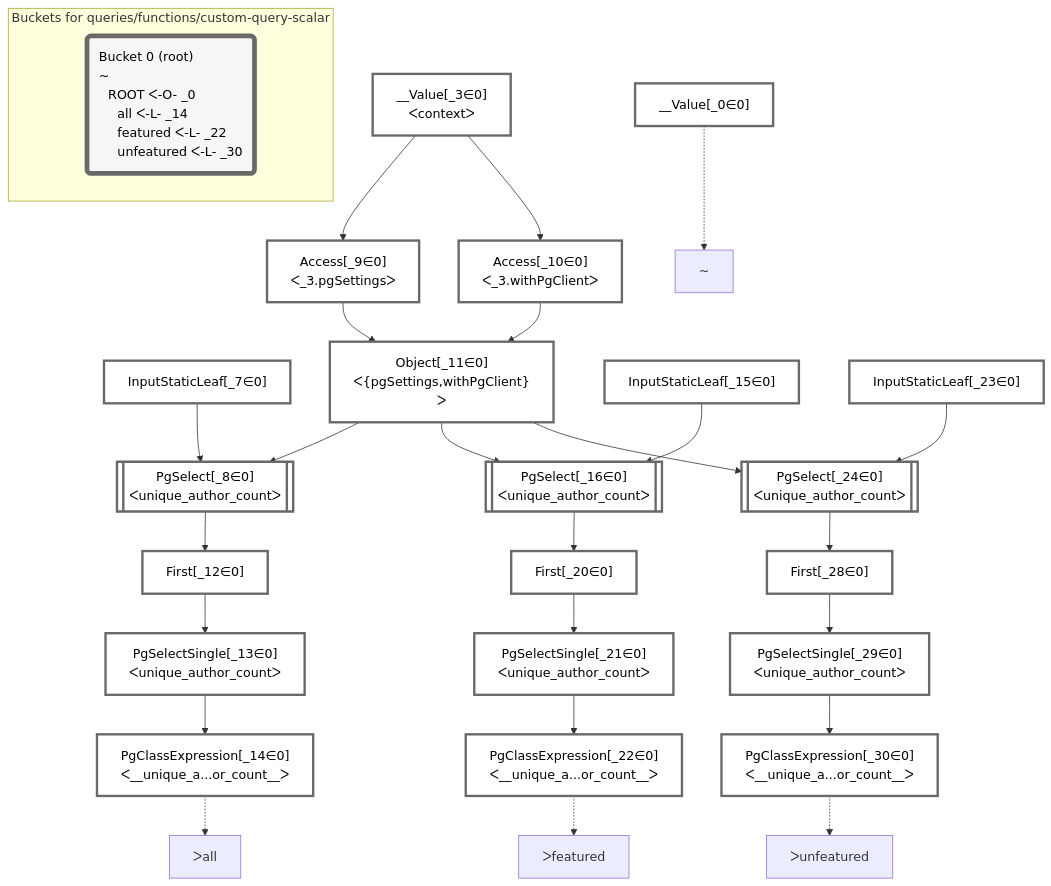
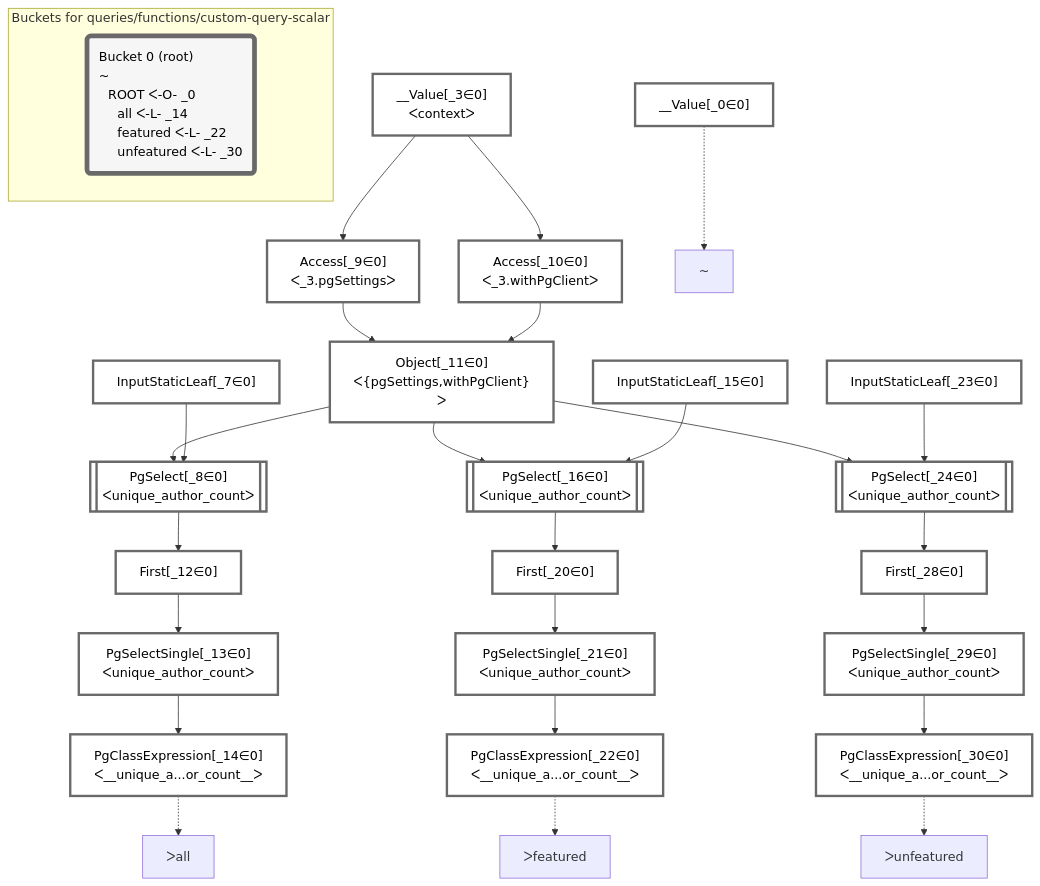
One commit to graphile/crystal changed the diagram in packages/dataplan-pg/__tests__/queries/functions/custom-query-scalar.mermaid.md. Above: the diagram before and after it, drawn with Mermaid. The commit also changed other lines of this file and 195 other files, not shown here.

````diff
--- a/packages/dataplan-pg/__tests__/queries/functions/custom-query-scalar.mermaid.md
+++ b/packages/dataplan-pg/__tests__/queries/functions/custom-query-scalar.mermaid.md
@@ -1,64 +1,64 @@
 ```mermaid
 graph TD
     classDef path fill:#eee,stroke:#000,color:#000
     classDef plan fill:#fff,stroke-width:3px,color:#000
     classDef itemplan fill:#fff,stroke-width:6px,color:#000
     classDef sideeffectplan fill:#f00,stroke-width:6px,color:#000
     classDef bucket fill:#f6f6f6,color:#000,stroke-width:6px,text-align:left
 
 
     %% define plans
     __Value_0["__Value[_0∈0]"]:::plan
+    PgClassExpression_14["PgClassExpression[_14∈0]<br />ᐸ__unique_a...or_count__ᐳ"]:::plan
+    PgSelectSingle_13["PgSelectSingle[_13∈0]<br />ᐸunique_author_countᐳ"]:::plan
+    First_12["First[_12∈0]"]:::plan
+    PgSelect_8[["PgSelect[_8∈0]<br />ᐸunique_author_countᐳ"]]:::plan
+    PgClassExpression_22["PgClassExpression[_22∈0]<br />ᐸ__unique_a...or_count__ᐳ"]:::plan
+    PgSelectSingle_21["PgSelectSingle[_21∈0]<br />ᐸunique_author_countᐳ"]:::plan
+    First_20["First[_20∈0]"]:::plan
+    PgSelect_16[["PgSelect[_16∈0]<br />ᐸunique_author_countᐳ"]]:::plan
+    PgClassExpression_30["PgClassExpression[_30∈0]<br />ᐸ__unique_a...or_count__ᐳ"]:::plan
+    PgSelectSingle_29["PgSelectSingle[_29∈0]<br />ᐸunique_author_countᐳ"]:::plan
+    First_28["First[_28∈0]"]:::plan
+    PgSelect_24[["PgSelect[_24∈0]<br />ᐸunique_author_countᐳ"]]:::plan
+    Object_11["Object[_11∈0]<br />ᐸ{pgSettings,withPgClient}ᐳ"]:::plan
+    Access_9["Access[_9∈0]<br />ᐸ_3.pgSettingsᐳ"]:::plan
+    Access_10["Access[_10∈0]<br />ᐸ_3.withPgClientᐳ"]:::plan
     __Value_3["__Value[_3∈0]<br />ᐸcontextᐳ"]:::plan
     InputStaticLeaf_7["InputStaticLeaf[_7∈0]"]:::plan
-    PgSelect_8[["PgSelect[_8∈0]<br />ᐸunique_author_countᐳ"]]:::plan
-    Access_9["Access[_9∈0]<br />ᐸ_3.pgSettingsᐳ"]:::plan
-    Access_10["Access[_10∈0]<br />ᐸ_3.withPgClientᐳ"]:::plan
-    Object_11["Object[_11∈0]<br />ᐸ{pgSettings,withPgClient}ᐳ"]:::plan
-    First_12["First[_12∈0]"]:::plan
-    PgSelectSingle_13["PgSelectSingle[_13∈0]<br />ᐸunique_author_countᐳ"]:::plan
-    PgClassExpression_14["PgClassExpression[_14∈0]<br />ᐸ__unique_a...or_count__ᐳ"]:::plan
     InputStaticLeaf_15["InputStaticLeaf[_15∈0]"]:::plan
-    PgSelect_16[["PgSelect[_16∈0]<br />ᐸunique_author_countᐳ"]]:::plan
-    First_20["First[_20∈0]"]:::plan
-    PgSelectSingle_21["PgSelectSingle[_21∈0]<br />ᐸunique_author_countᐳ"]:::plan
-    PgClassExpression_22["PgClassExpression[_22∈0]<br />ᐸ__unique_a...or_count__ᐳ"]:::plan
     InputStaticLeaf_23["InputStaticLeaf[_23∈0]"]:::plan
-    PgSelect_24[["PgSelect[_24∈0]<br />ᐸunique_author_countᐳ"]]:::plan
-    First_28["First[_28∈0]"]:::plan
-    PgSelectSingle_29["PgSelectSingle[_29∈0]<br />ᐸunique_author_countᐳ"]:::plan
-    PgClassExpression_30["PgClassExpression[_30∈0]<br />ᐸ__unique_a...or_count__ᐳ"]:::plan
 
     %% plan dependencies
+    PgSelectSingle_13 --> PgClassExpression_14
+    First_12 --> PgSelectSingle_13
+    PgSelect_8 --> First_12
     Object_11 & InputStaticLeaf_7 --> PgSelect_8
+    PgSelectSingle_21 --> PgClassExpression_22
+    First_20 --> PgSelectSingle_21
+    PgSelect_16 --> First_20
+    Object_11 & InputStaticLeaf_15 --> PgSelect_16
+    PgSelectSingle_29 --> PgClassExpression_30
+    First_28 --> PgSelectSingle_29
+    PgSelect_24 --> First_28
+    Object_11 & InputStaticLeaf_23 --> PgSelect_24
+    Access_9 & Access_10 --> Object_11
     __Value_3 --> Access_9
     __Value_3 --> Access_10
-    Access_9 & Access_10 --> Object_11
-    PgSelect_8 --> First_12
-    First_12 --> PgSelectSingle_13
-    PgSelectSingle_13 --> PgClassExpression_14
-    Object_11 & InputStaticLeaf_15 --> PgSelect_16
-    PgSelect_16 --> First_20
-    First_20 --> PgSelectSingle_21
-    PgSelectSingle_21 --> PgClassExpression_22
-    Object_11 & InputStaticLeaf_23 --> PgSelect_24
-    PgSelect_24 --> First_28
-    First_28 --> PgSelectSingle_29
-    PgSelectSingle_29 --> PgClassExpression_30
 
     %% plan-to-path relationships
     P_0["~"]
     __Value_0 -.-> P_0
     P_14["ᐳall"]
     PgClassExpression_14 -.-> P_14
     P_22["ᐳfeatured"]
     PgClassExpression_22 -.-> P_22
     P_30["ᐳunfeatured"]
     PgClassExpression_30 -.-> P_30
 
     subgraph "Buckets for queries/functions/custom-query-scalar"
     Bucket0("Bucket 0 (root)<br />~<br />⠀ROOT ᐸ-O- _0<br />⠀⠀all ᐸ-L- _14<br />⠀⠀featured ᐸ-L- _22<br />⠀⠀unfeatured ᐸ-L- _30"):::bucket
     classDef bucket0 stroke:#696969
     class Bucket0,__Value_0,__Value_3,InputStaticLeaf_7,PgSelect_8,Access_9,Access_10,Object_11,First_12,PgSelectSingle_13,PgClassExpression_14,InputStaticLeaf_15,PgSelect_16,First_20,PgSelectSingle_21,PgClassExpression_22,InputStaticLeaf_23,PgSelect_24,First_28,PgSelectSingle_29,PgClassExpression_30 bucket0
     end
 ```
````
